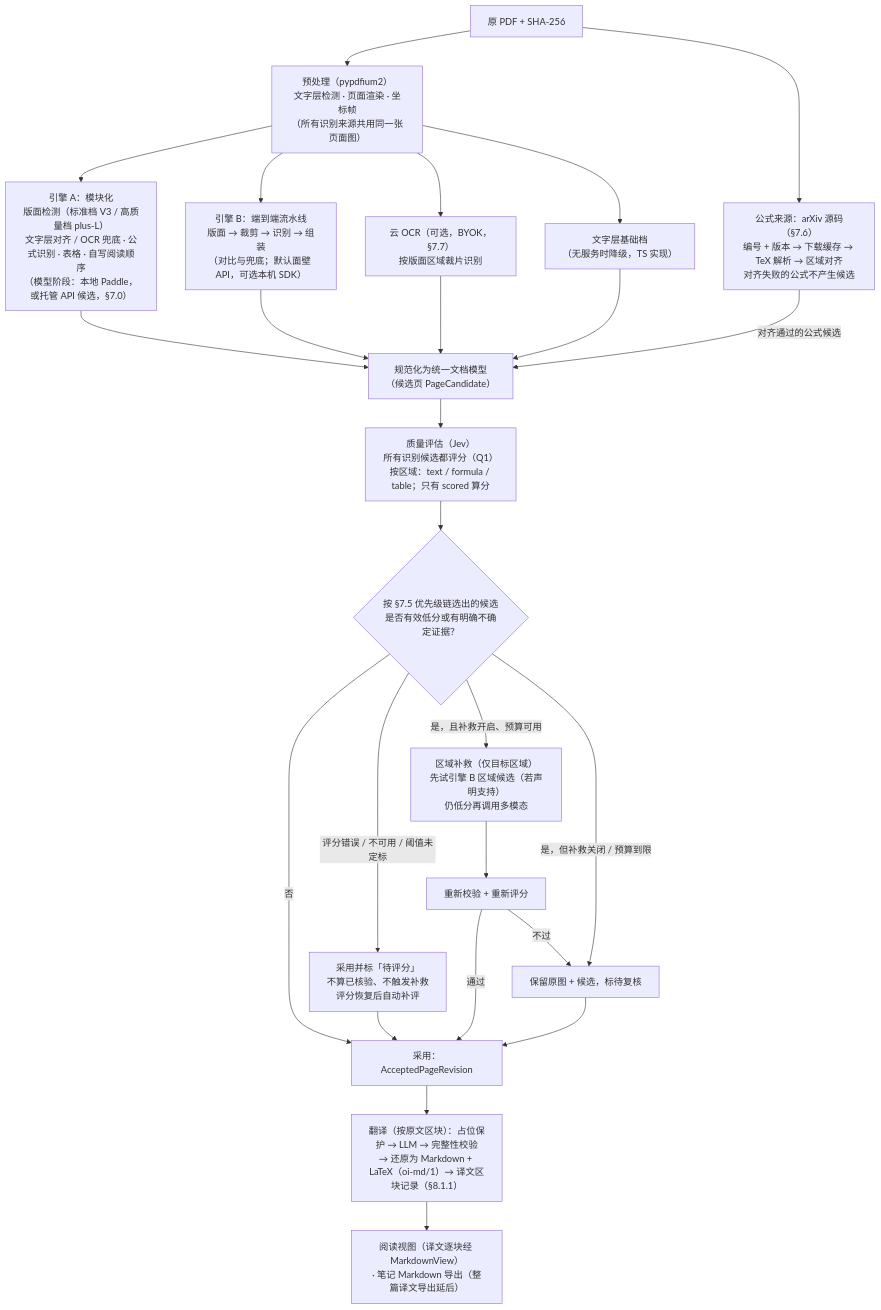
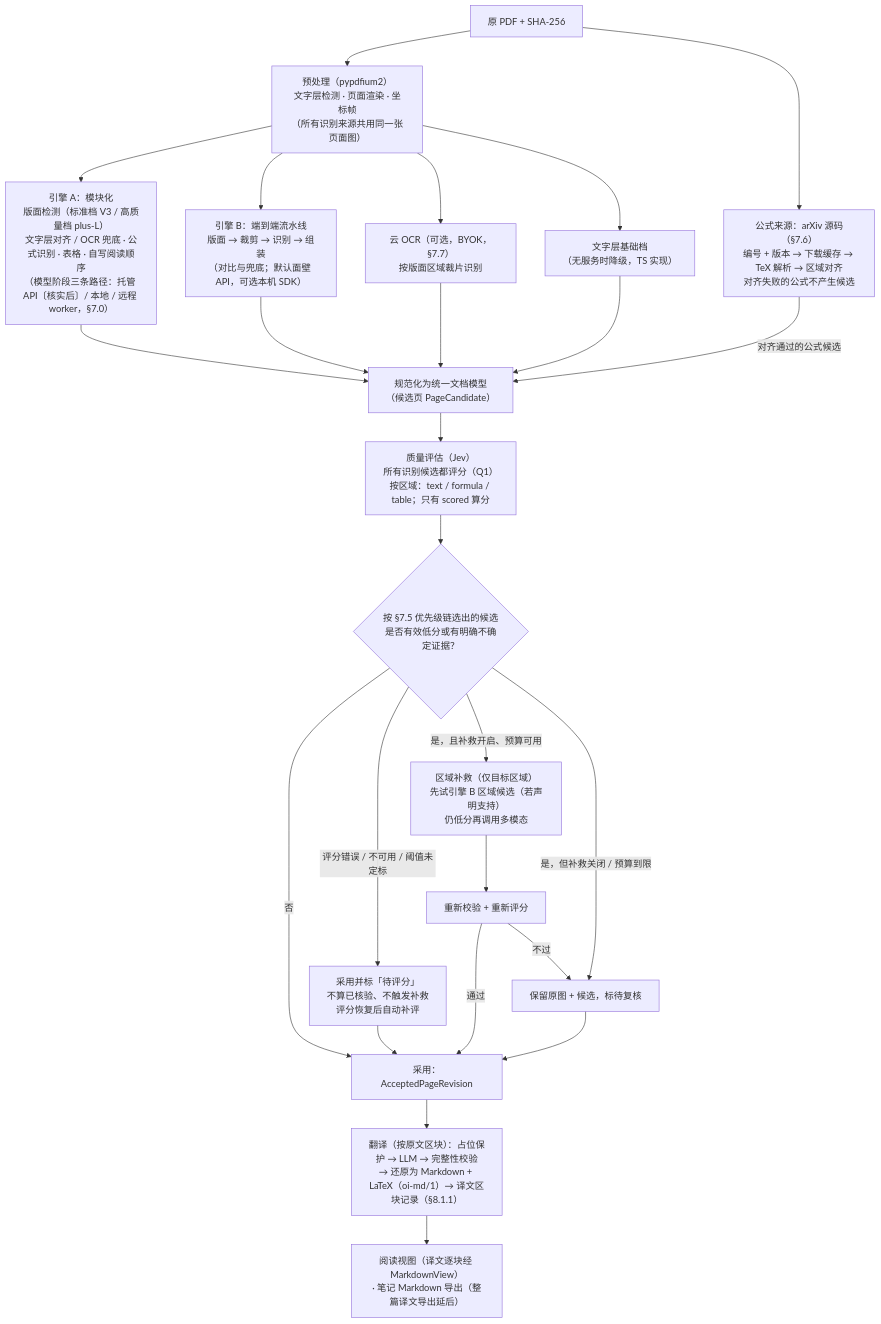
Before and after one commit to wisdom-km/open-immerse-v2: the fourth of 5 diagrams in ARCHITECTURE.md, drawn with Mermaid. The commit also changed other lines of this file, not shown here.

Commit message:
docs(arch): 记录 Wisdom 19:11 四项决定——外发同意对话框（settings/egress-consent，按能力 + 服务商）、引擎 A 三条路径 M3 前定、ChatProvider 同时支持多模态与纯文本 LLM、M0 API 实测延后；§16 新增决策行

````diff
--- a/ARCHITECTURE.md
+++ b/ARCHITECTURE.md
@@ -710,27 +710,27 @@
 ```mermaid
 flowchart TD
   IN["原 PDF + SHA-256"] --> PRE["预处理（pypdfium2）<br/>文字层检测 · 页面渲染 · 坐标帧<br/>（所有识别来源共用同一张页面图）"]
   IN --> AX["公式来源：arXiv 源码（§7.6）<br/>编号 + 版本 → 下载缓存 → TeX 解析 → 区域对齐<br/>对齐失败的公式不产生候选"]
-  PRE --> A["引擎 A：模块化<br/>版面检测（标准档 V3 / 高质量档 plus-L）<br/>文字层对齐 / OCR 兜底 · 公式识别 · 表格 · 自写阅读顺序<br/>（模型阶段：本地 Paddle，或托管 API 候选，§7.0）"]
+  PRE --> A["引擎 A：模块化<br/>版面检测（标准档 V3 / 高质量档 plus-L）<br/>文字层对齐 / OCR 兜底 · 公式识别 · 表格 · 自写阅读顺序<br/>（模型阶段三条路径：托管 API〔核实后〕/ 本地 / 远程 worker，§7.0）"]
   PRE --> B["引擎 B：端到端流水线<br/>版面 → 裁剪 → 识别 → 组装<br/>（对比与兜底；默认面壁 API，可选本机 SDK）"]
   PRE --> CO["云 OCR（可选，BYOK，§7.7）<br/>按版面区域裁片识别"]
   PRE --> T["文字层基础档<br/>（无服务时降级，TS 实现）"]
   A --> N["规范化为统一文档模型<br/>（候选页 PageCandidate）"]
   B --> N
   CO --> N
   T --> N
   AX -- "对齐通过的公式候选" --> N
   N --> Q["质量评估（Jev）<br/>所有识别候选都评分（Q1）<br/>按区域：text / formula / table；只有 scored 算分"]
   Q --> D{"按 §7.5 优先级链选出的候选<br/>是否有效低分或有明确不确定证据？"}
   D -- "否" --> ACC["采用：AcceptedPageRevision"]
   D -- "评分错误 / 不可用 / 阈值未定标" --> PEND["采用并标「待评分」<br/>不算已核验、不触发补救<br/>评分恢复后自动补评"]
   PEND --> ACC
   D -- "是，且补救开启、预算可用" --> RP["区域补救（仅目标区域）<br/>先试引擎 B 区域候选（若声明支持）<br/>仍低分再调用多模态"]
   D -- "是，但补救关闭 / 预算到限" --> FB["保留原图 + 候选，标待复核"]
   RP --> Q2["重新校验 + 重新评分"]
   Q2 -- "通过" --> ACC
   Q2 -- "不过" --> FB
   FB --> ACC
   ACC --> TR["翻译（按原文区块）：占位保护 → LLM → 完整性校验<br/>→ 还原为 Markdown + LaTeX（oi-md/1）→ 译文区块记录（§8.1.1）"]
   TR --> OUT["阅读视图（译文逐块经 MarkdownView）<br/>· 笔记 Markdown 导出（整篇译文导出延后）"]
 ```
````
